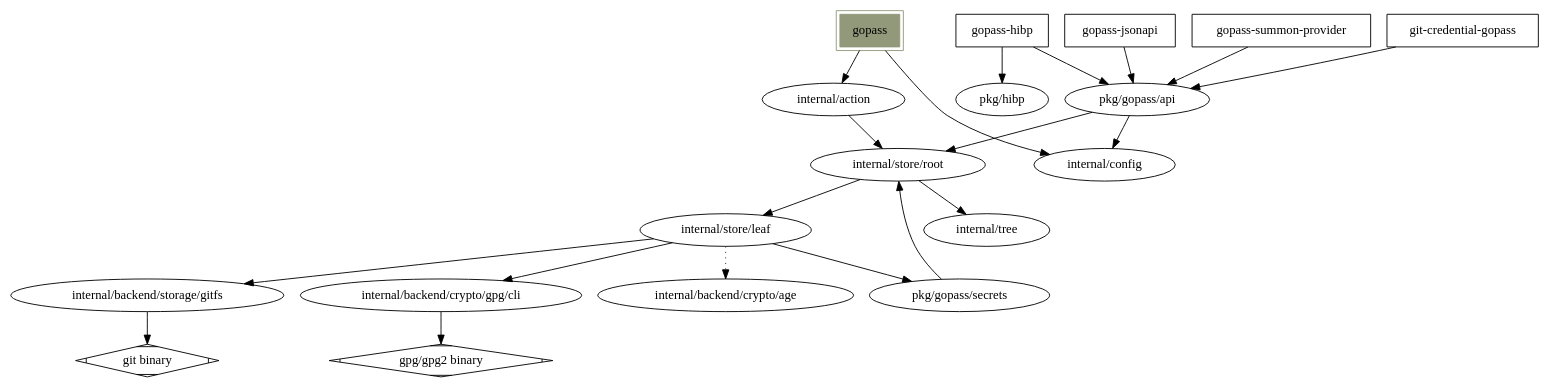
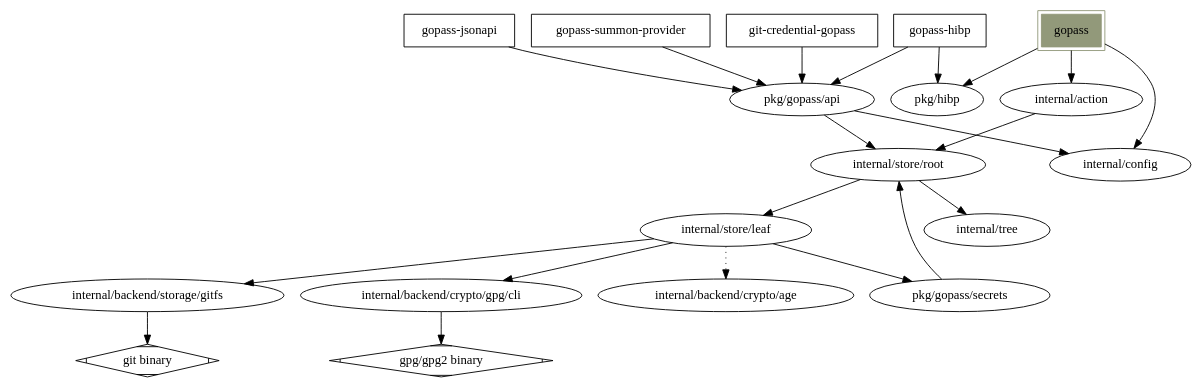
Before and after one commit to gopasspw/gopass: the diagram in docs/components.dot, drawn with Graphviz. The commit also changed 11 other files, not shown here.

```diff
--- a/docs/components.dot
+++ b/docs/components.dot
@@ -1,39 +1,40 @@
 digraph G {
   gopass [shape=box,style=filled,color=".2 .2 .6",peripheries=2];
   gopass -> action;
   action [label="internal/action"];
   action -> root;
   root [label="internal/store/root"];
   root -> leaf;
   root -> tree;
   tree [label="internal/tree"];
   leaf [label="internal/store/leaf"];
   leaf -> gitfs;
   gitfs [label="internal/backend/storage/gitfs"];
   gitfs -> gitcli;
   gitcli [label="git binary",shape=Mdiamond];
   leaf -> gpg;
   gpg [label="internal/backend/crypto/gpg/cli"];
   leaf -> age [style="dotted"];
   age [label="internal/backend/crypto/age"];
   gpg -> gpgcli;
   gpgcli [label="gpg/gpg2 binary",shape=Mdiamond];
   leaf -> secret;
   secret [label="pkg/gopass/secrets"];
   secret -> root;
   jsonapi [label="gopass-jsonapi",shape=box];
   jsonapi -> api;
   api [label="pkg/gopass/api"];
   api -> root;
   api -> config;
   gopass -> config;
   config [label="internal/config"];
   summon -> api;
   summon [label="gopass-summon-provider",shape=box];
   hibp -> api;
   hibp [label="gopass-hibp",shape=box];
   hibp -> pkghibp;
+  gopass -> pkghibp;
   pkghibp [label="pkg/hibp"];
   gitcreds -> api;
   gitcreds [label="git-credential-gopass",shape=box];
 }
```
